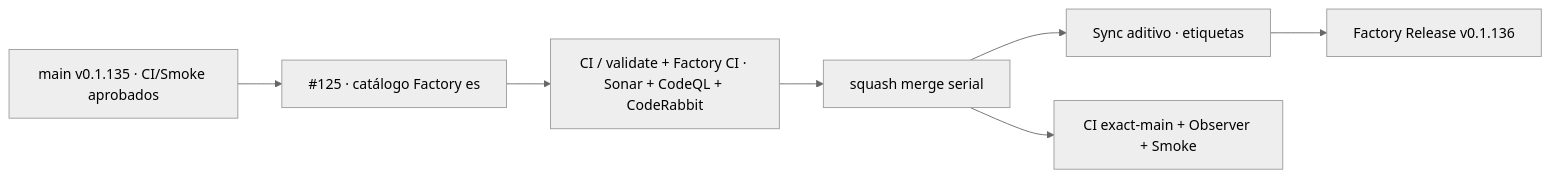
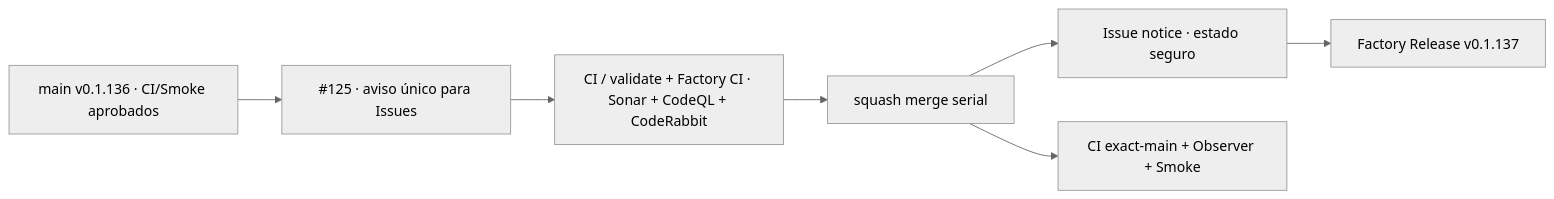
The diagram in README.md (pl0n3r/GrindFlow), drawn with Mermaid (neutral theme) before and after one commit. The commit also changed other lines of this file and 7 other files, not shown here.

First line of the commit message:
feat(governance): aviso único editable de etiquetas en Issues (V 0.1.137)

````diff
--- a/README.md
+++ b/README.md
@@ -47,9 +47,9 @@
 ```mermaid
 flowchart LR
-  A["main v0.1.135 · CI/Smoke aprobados"] --> P["#125 · catálogo Factory es"]
+  A["main v0.1.136 · CI/Smoke aprobados"] --> P["#125 · aviso único para Issues"]
   P --> Q["CI / validate + Factory CI · Sonar + CodeQL + CodeRabbit"]
   Q --> M["squash merge serial"]
-  M --> F["Sync aditivo · etiquetas"]
-  F --> R["Factory Release v0.1.136"]
+  M --> F["Issue notice · estado seguro"]
+  F --> R["Factory Release v0.1.137"]
   M --> X["CI exact-main + Observer + Smoke"]
 ```
````
